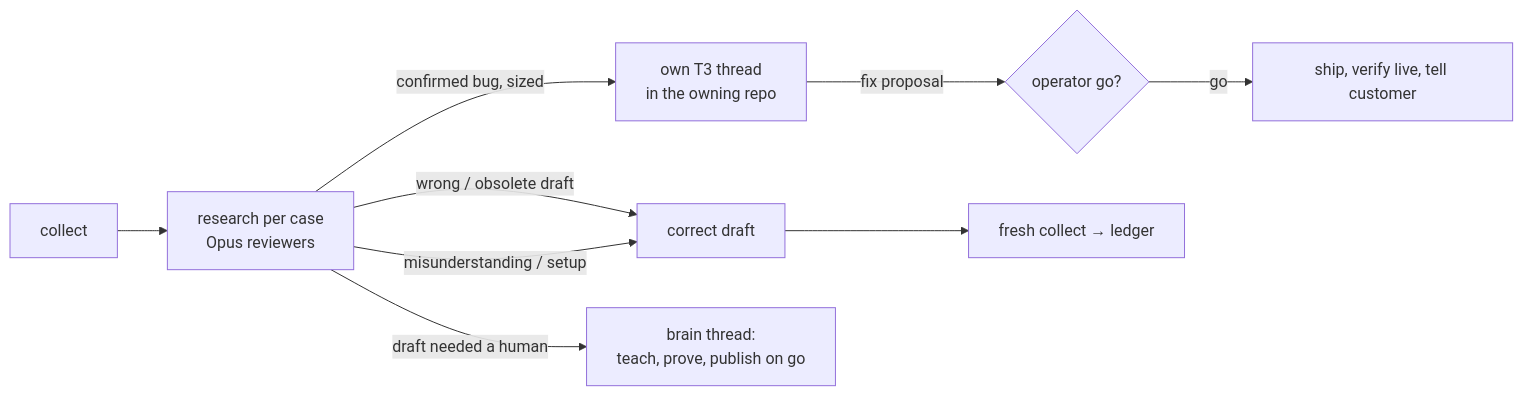
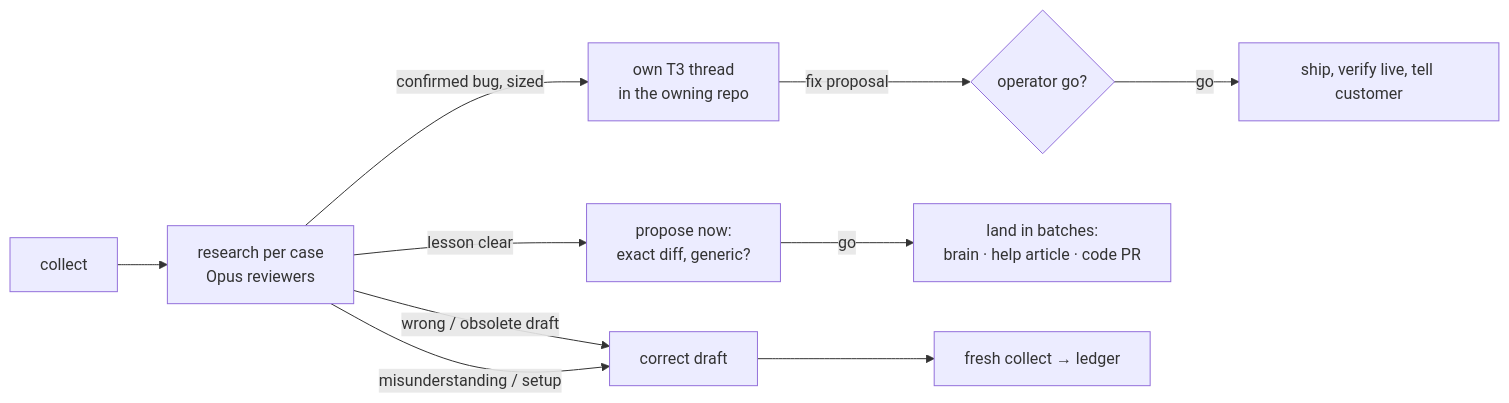
The diagram in skills/mailbox-review-core/SKILL.md (pjmuller/skills), drawn with Mermaid before and after one commit. The commit also changed other lines of this file and 4 other files, not shown here.

First line of the commit message:
mailbox-review-core: persist the lesson per case (brain, help article, code), land on go in batches

````diff
--- a/skills/mailbox-review-core/SKILL.md
+++ b/skills/mailbox-review-core/SKILL.md
@@ -17,10 +17,10 @@
 ```mermaid
 flowchart LR
   C[collect] --> R[research per case<br/>Opus reviewers]
   R -->|wrong / obsolete draft| F[correct draft]
   R -->|misunderstanding / setup| F
   R -->|confirmed bug, sized| T[own T3 thread<br/>in the owning repo]
   T -->|fix proposal| G{operator go?} -->|go| S[ship, verify live, tell customer]
-  R -->|draft needed a human| B[brain thread:<br/>teach, prove, publish on go]
+  R -->|lesson clear| P[propose now:<br/>exact diff, generic?] -->|go| B[land in batches:<br/>brain · help article · code PR]
   F --> L[fresh collect → ledger]
 ```
````
